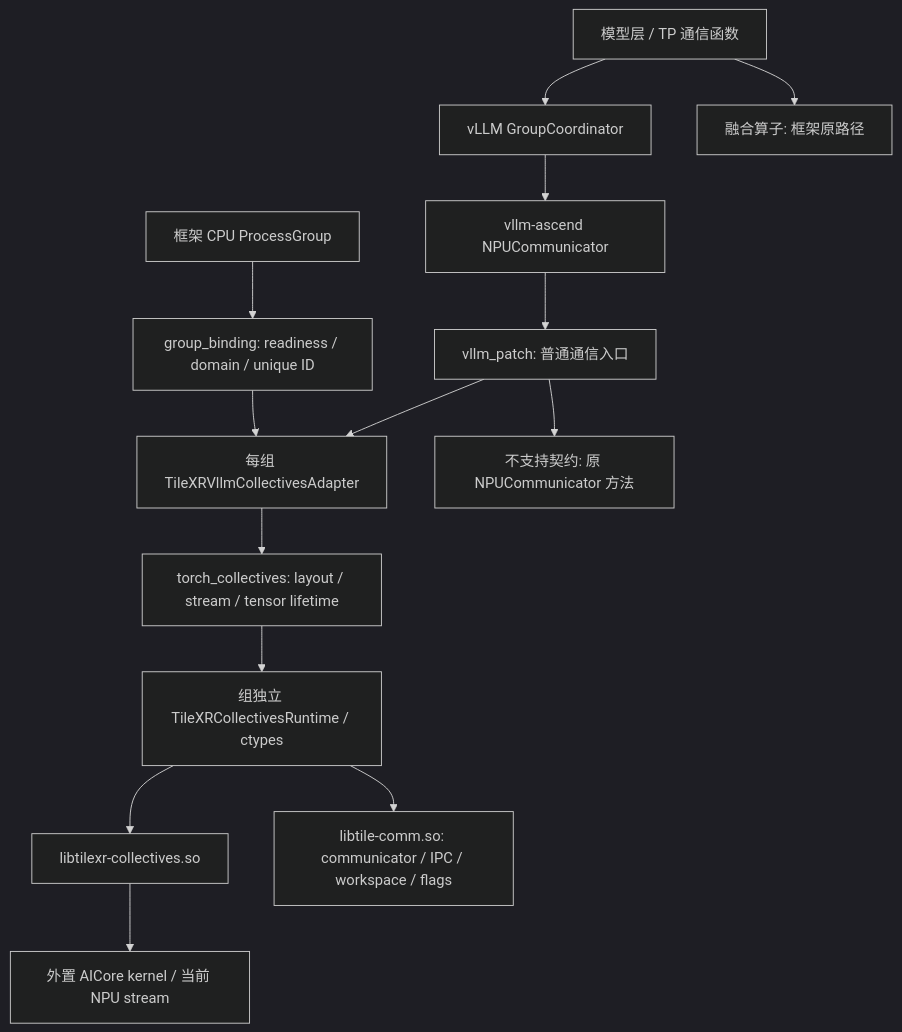
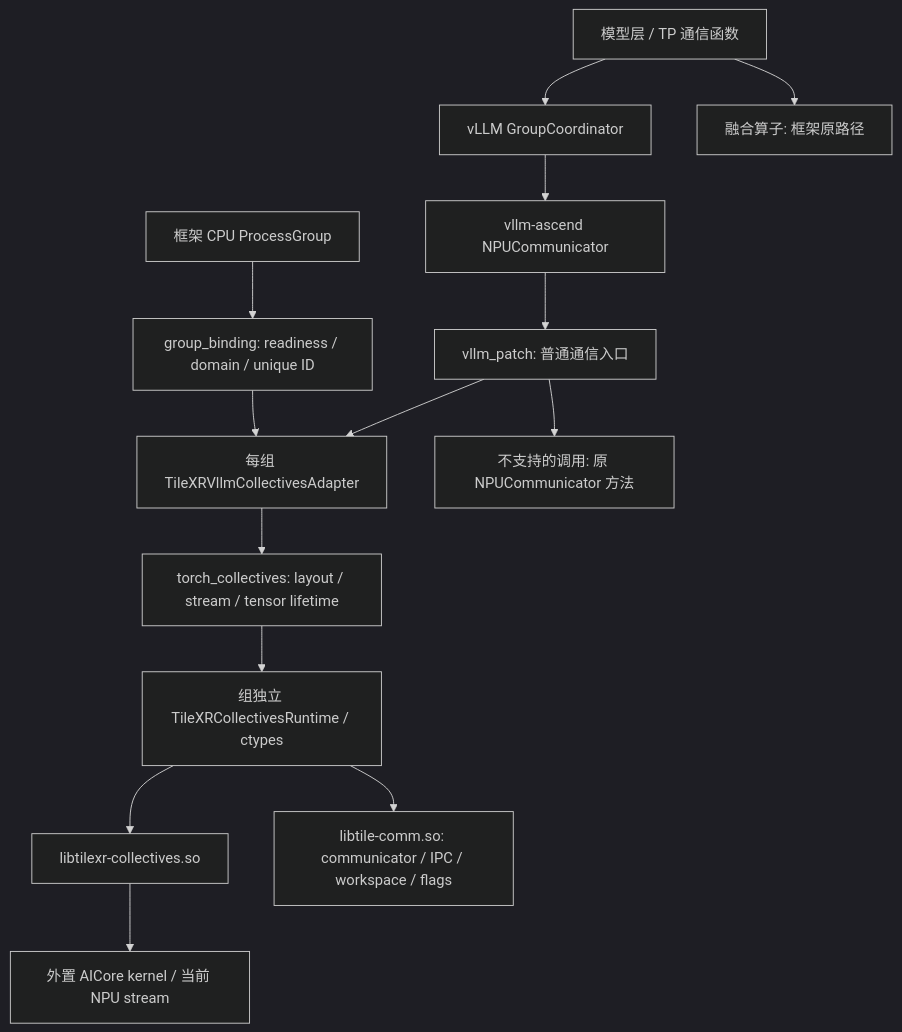
One commit to Denver17/TileXR changed the first of 2 diagrams in docs/VLLM_ASCEND_INTEGRATION.md. Above: the diagram before and after it, drawn with Mermaid (dark theme). The commit also changed other lines of this file and 20 other files, not shown here.

````diff
--- a/docs/VLLM_ASCEND_INTEGRATION.md
+++ b/docs/VLLM_ASCEND_INTEGRATION.md
@@ -34,16 +34,16 @@
 ```mermaid
 flowchart TD
     Model[模型层 / TP 通信函数] --> Coordinator[vLLM GroupCoordinator]
     Coordinator --> NPU[vllm-ascend NPUCommunicator]
     NPU --> Patch[vllm_patch: 普通通信入口]
     Patch --> Adapter[每组 TileXRVllmCollectivesAdapter]
     Adapter --> Torch[torch_collectives: layout / stream / tensor lifetime]
     Torch --> Runtime[组独立 TileXRCollectivesRuntime / ctypes]
     Runtime --> Collectives[libtilexr-collectives.so]
     Collectives --> Kernel[外置 AICore kernel / 当前 NPU stream]
     Runtime --> Core[libtile-comm.so: communicator / IPC / workspace / flags]
     CPU[框架 CPU ProcessGroup] --> Binding[group_binding: readiness / domain / unique ID]
     Binding --> Adapter
-    Patch --> Original[不支持契约: 原 NPUCommunicator 方法]
+    Patch --> Original[不支持的调用: 原 NPUCommunicator 方法]
     Model --> Fused[融合算子: 框架原路径]
 ```
````
